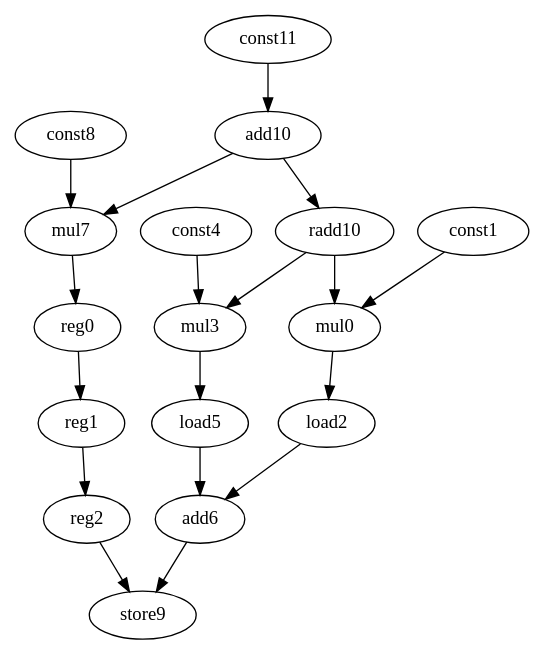
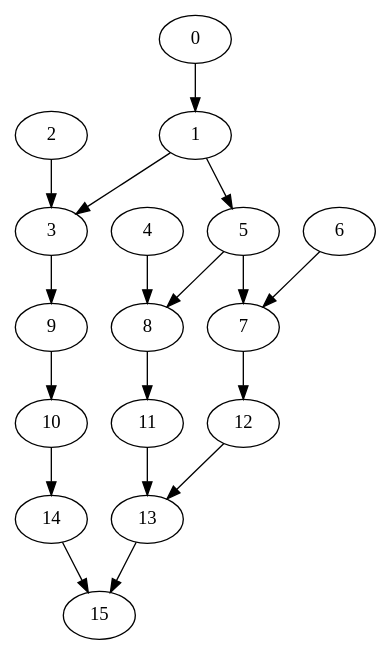
One commit to jeronimopenha/PeR changed the diagram in benchmarks/cgra/connected/simple.dot. Above: the diagram before and after it, drawn with Graphviz. The commit also changed 1 other file, not shown here.

```diff
--- a/benchmarks/cgra/connected/simple.dot
+++ b/benchmarks/cgra/connected/simple.dot
@@ -1,35 +1,35 @@
 digraph G {
-mul0;
-const1;
-load2;
-mul3;
-const4;
-load5;
-add6;
-mul7;
-const8;
-reg0;
-reg1;
-reg2;
-store9;
-add10;
-radd10;
-const11;
-load2->add6; 
-load5->add6; 
-add6->store9; 
-add10 -> radd10
-radd10->mul0; 
-radd10->mul3; 
-add10->mul7; 
-const1->mul0; 
-mul0->load2; 
-const4->mul3; 
-mul3->load5; 
-const8->mul7; 
-mul7->reg0;
-reg0->reg1;
-reg1->reg2;
-reg2->store9; 
-const11->add10; 
+7;
+6;
+12;
+8;
+4;
+11;
+13;
+3;
+2;
+9;
+10;
+14;
+15;
+1;
+5;
+0;
+12->13;
+11->13;
+13->15;
+1 -> 5
+5->7;
+5->8;
+1->3;
+6->7;
+7->12;
+4->8;
+8->11;
+2->3;
+3->9;
+9->10;
+10->14;
+14->15;
+0->1;
 }
```
